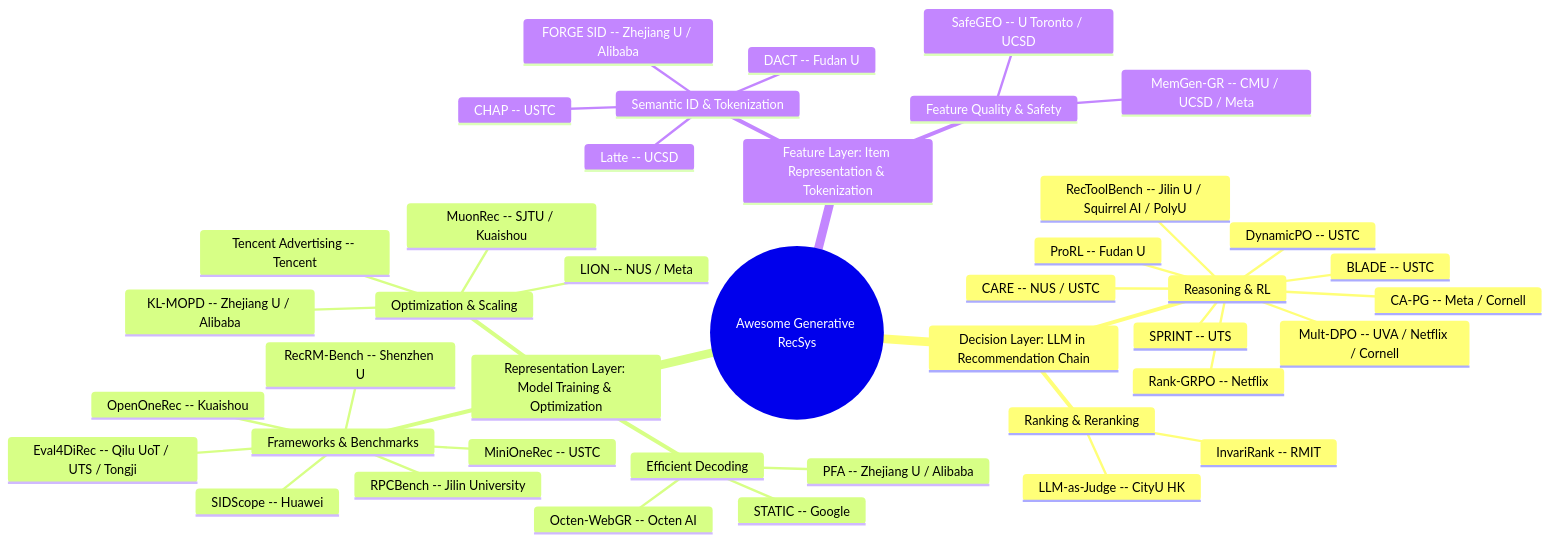
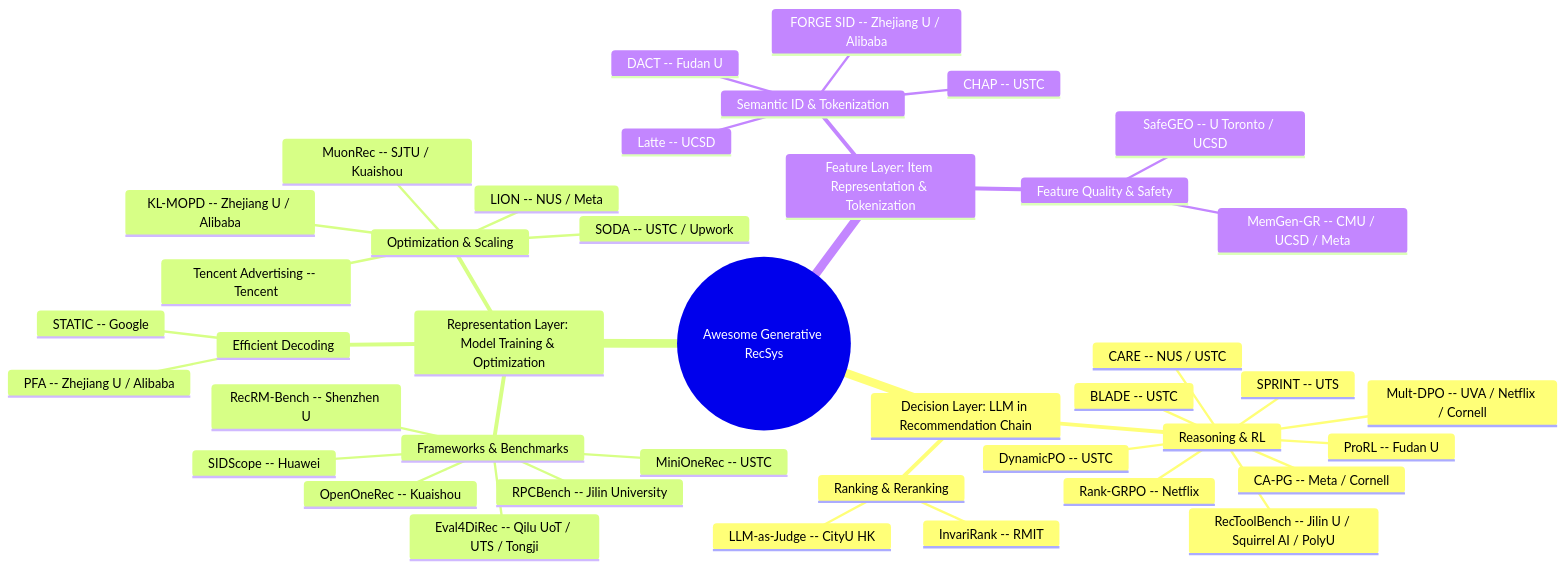
One commit to HaFred/awesome-generative-recsys changed the diagram in README.md. Above: the diagram before and after it, drawn with Mermaid. The commit also changed other lines of this file and 3 other files, not shown here.

````diff
--- a/README.md
+++ b/README.md
@@ -30,44 +30,44 @@
 ```mermaid
 mindmap
   root((Awesome Generative RecSys))
     Decision Layer: LLM in Recommendation Chain
       Reasoning & RL
         Rank-GRPO -- Netflix
         DynamicPO -- USTC
         BLADE -- USTC
         SPRINT -- UTS
         CARE -- NUS / USTC
         Mult-DPO -- UVA / Netflix / Cornell
         CA-PG -- Meta / Cornell
         ProRL -- Fudan U
         RecToolBench -- Jilin U / Squirrel AI / PolyU
       Ranking & Reranking
         InvariRank -- RMIT
         LLM-as-Judge -- CityU HK
     Representation Layer: Model Training & Optimization
       Frameworks & Benchmarks
         MiniOneRec -- USTC
         OpenOneRec -- Kuaishou
         RecRM-Bench -- Shenzhen U
         SIDScope -- Huawei
         RPCBench -- Jilin University
         Eval4DiRec -- Qilu UoT / UTS / Tongji
       Efficient Decoding
         STATIC -- Google
-        Octen-WebGR -- Octen AI
         PFA -- Zhejiang U / Alibaba
       Optimization & Scaling
         MuonRec -- SJTU / Kuaishou
         Tencent Advertising -- Tencent
         LION -- NUS / Meta
         KL-MOPD -- Zhejiang U / Alibaba
+        SODA -- USTC / Upwork
     Feature Layer: Item Representation & Tokenization
       Semantic ID & Tokenization
         Latte -- UCSD
         FORGE SID -- Zhejiang U / Alibaba
         DACT -- Fudan U
         CHAP -- USTC
       Feature Quality & Safety
         SafeGEO -- U Toronto / UCSD
         MemGen-GR -- CMU / UCSD / Meta
 ```
````
